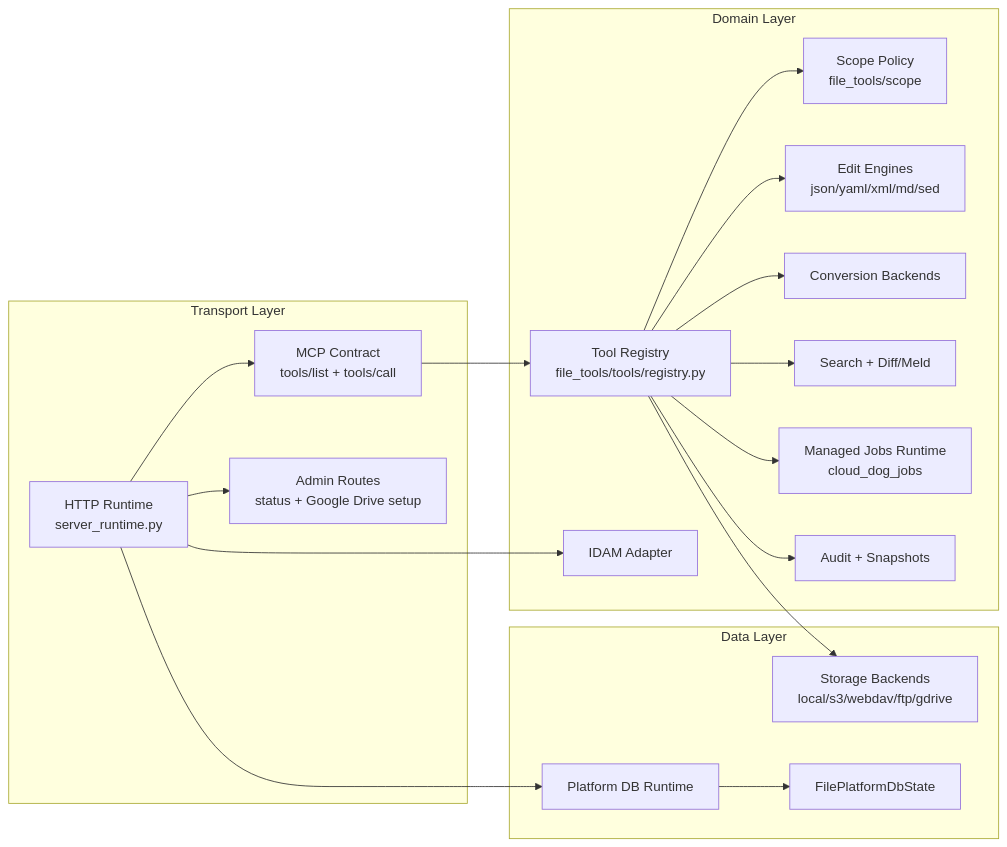
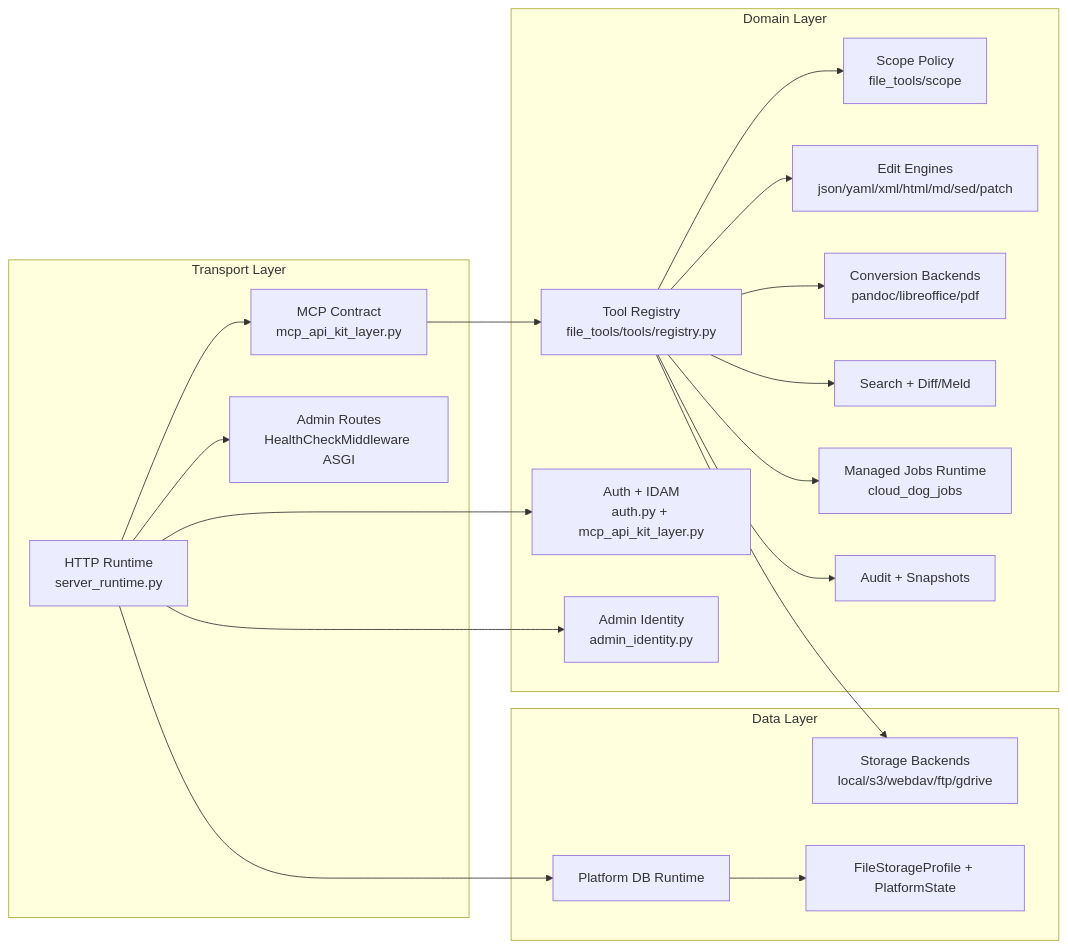
Before and after one commit to Cloud-Dog-AI/file-mcp-server: the second of 8 diagrams in docs/ARCHITECTURE.md, drawn with Mermaid. The commit also changed other lines of this file and 10 other files, not shown here.

````diff
--- a/docs/ARCHITECTURE.md
+++ b/docs/ARCHITECTURE.md
@@ -52,37 +52,39 @@
 ```mermaid
 graph LR
     subgraph Transport Layer
         HTTP[HTTP Runtime<br/>server_runtime.py]
-        MCP[MCP Contract<br/>tools/list + tools/call]
-        ADMIN[Admin Routes<br/>status + Google Drive setup]
+        MCP[MCP Contract<br/>mcp_api_kit_layer.py]
+        ADMIN[Admin Routes<br/>HealthCheckMiddleware ASGI]
     end
 
     subgraph Domain Layer
         REG[Tool Registry<br/>file_tools/tools/registry.py]
         SCOPE[Scope Policy<br/>file_tools/scope]
-        EDIT[Edit Engines<br/>json/yaml/xml/md/sed]
-        CONV[Conversion Backends]
+        EDIT[Edit Engines<br/>json/yaml/xml/html/md/sed/patch]
+        CONV[Conversion Backends<br/>pandoc/libreoffice/pdf]
         SEARCH[Search + Diff/Meld]
         JOBS[Managed Jobs Runtime<br/>cloud_dog_jobs]
-        AUTH[IDAM Adapter]
+        AUTH[Auth + IDAM<br/>auth.py + mcp_api_kit_layer.py]
         AUDIT[Audit + Snapshots]
+        IDENT[Admin Identity<br/>admin_identity.py]
     end
 
     subgraph Data Layer
         STORAGE[Storage Backends<br/>local/s3/webdav/ftp/gdrive]
         DBRT[Platform DB Runtime]
-        STATE[FilePlatformDbState]
+        STATE[FileStorageProfile + PlatformState]
     end
 
     HTTP --> MCP --> REG
     HTTP --> ADMIN
     REG --> SCOPE
     REG --> EDIT
     REG --> CONV
     REG --> SEARCH
     REG --> JOBS
     REG --> STORAGE
     HTTP --> AUTH
     REG --> AUDIT
     HTTP --> DBRT --> STATE
+    HTTP --> IDENT
 ```
````
